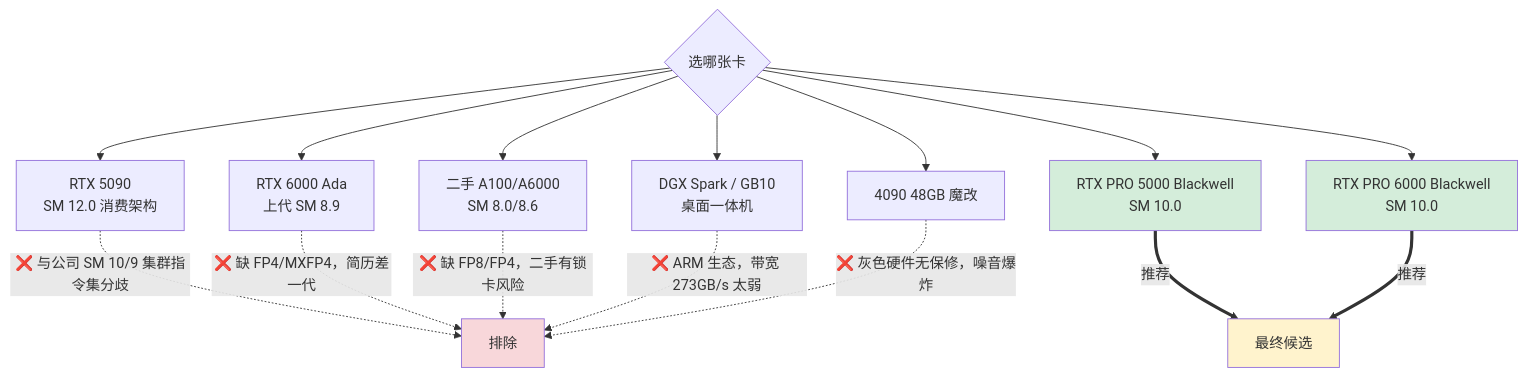
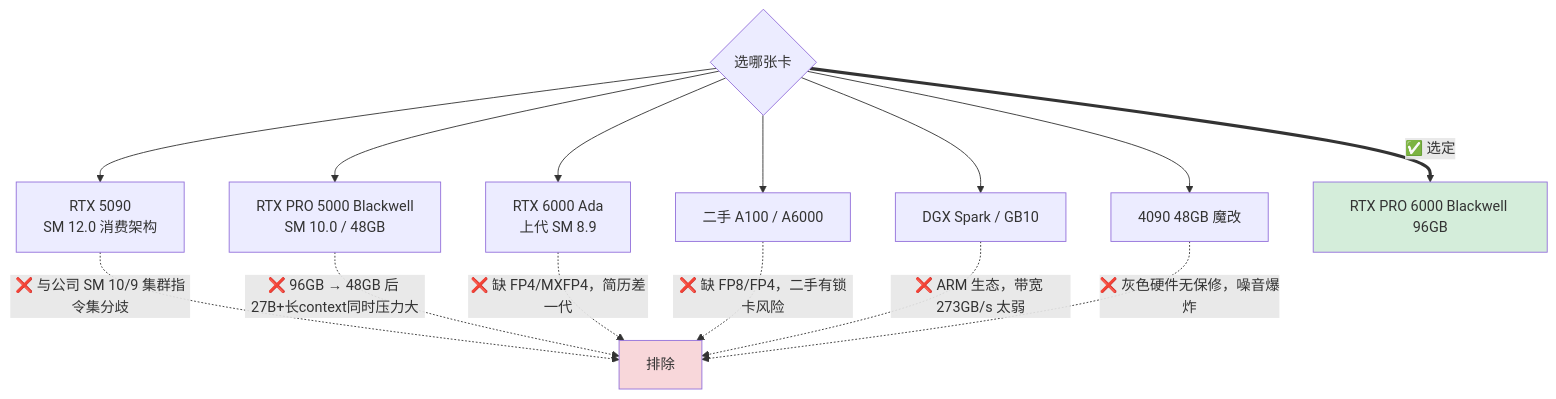
The diagram in 01-hardware.md (Xuefei-Zhang/llm-infer-journey), drawn with Mermaid before and after one commit. The commit also changed other lines of this file and 11 other files, not shown here.

````diff
--- a/01-hardware.md
+++ b/01-hardware.md
@@ -9,25 +117,22 @@
 ```mermaid
 graph TD
     Q{选哪张卡}
     Q --> S1[RTX 5090<br/>SM 12.0 消费架构]
-    Q --> S2[RTX PRO 5000 Blackwell<br/>SM 10.0]
-    Q --> S3[RTX PRO 6000 Blackwell<br/>SM 10.0]
+    Q --> S3[RTX PRO 5000 Blackwell<br/>SM 10.0 / 48GB]
     Q --> S4[RTX 6000 Ada<br/>上代 SM 8.9]
-    Q --> S5[二手 A100/A6000<br/>SM 8.0/8.6]
-    Q --> S6[DGX Spark / GB10<br/>桌面一体机]
+    Q --> S5[二手 A100 / A6000]
+    Q --> S6[DGX Spark / GB10]
     Q --> S7[4090 48GB 魔改]
 
     S1 -.❌ 与公司 SM 10/9 集群指令集分歧.-> X[排除]
+    S3 -.❌ 96GB → 48GB 后 27B+长context同时压力大.-> X
     S4 -.❌ 缺 FP4/MXFP4，简历差一代.-> X
     S5 -.❌ 缺 FP8/FP4，二手有锁卡风险.-> X
     S6 -.❌ ARM 生态，带宽 273GB/s 太弱.-> X
     S7 -.❌ 灰色硬件无保修，噪音爆炸.-> X
 
-    S2 ==推荐==> R[最终候选]
-    S3 ==推荐==> R
+    Q ==✅ 选定==> P6[RTX PRO 6000 Blackwell 96GB]
 
-    style S2 fill:#d4edda
-    style S3 fill:#d4edda
+    style P6 fill:#d4edda
     style X fill:#f8d7da
-    style R fill:#fff3cd
 ```
````
